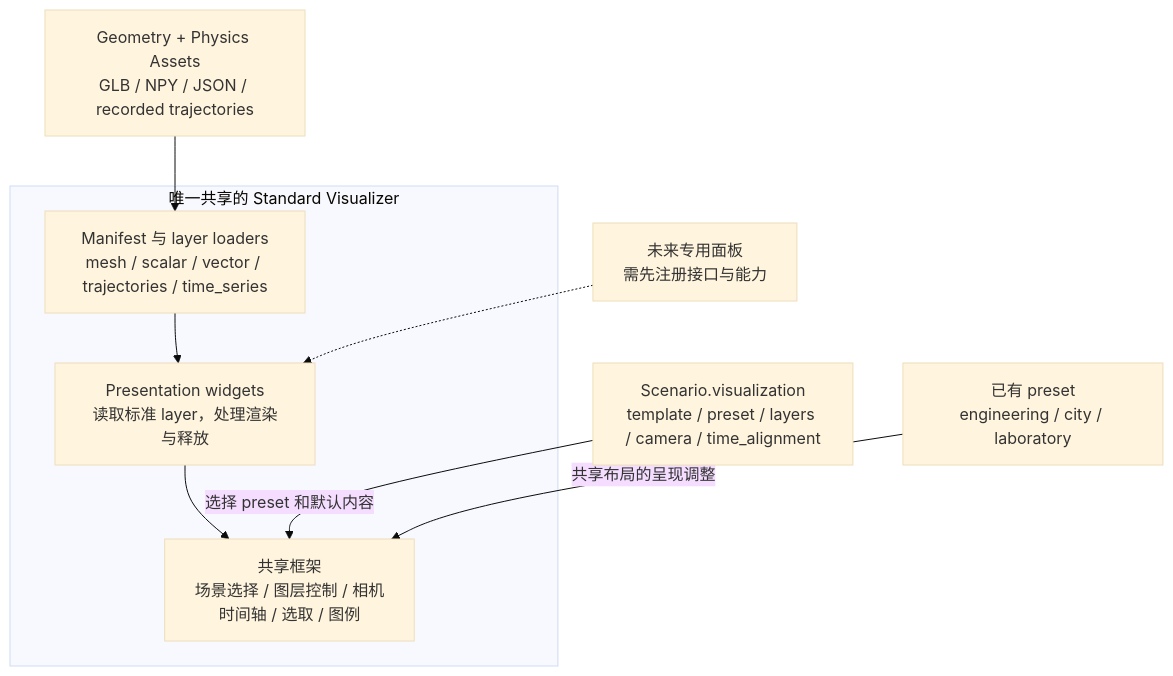
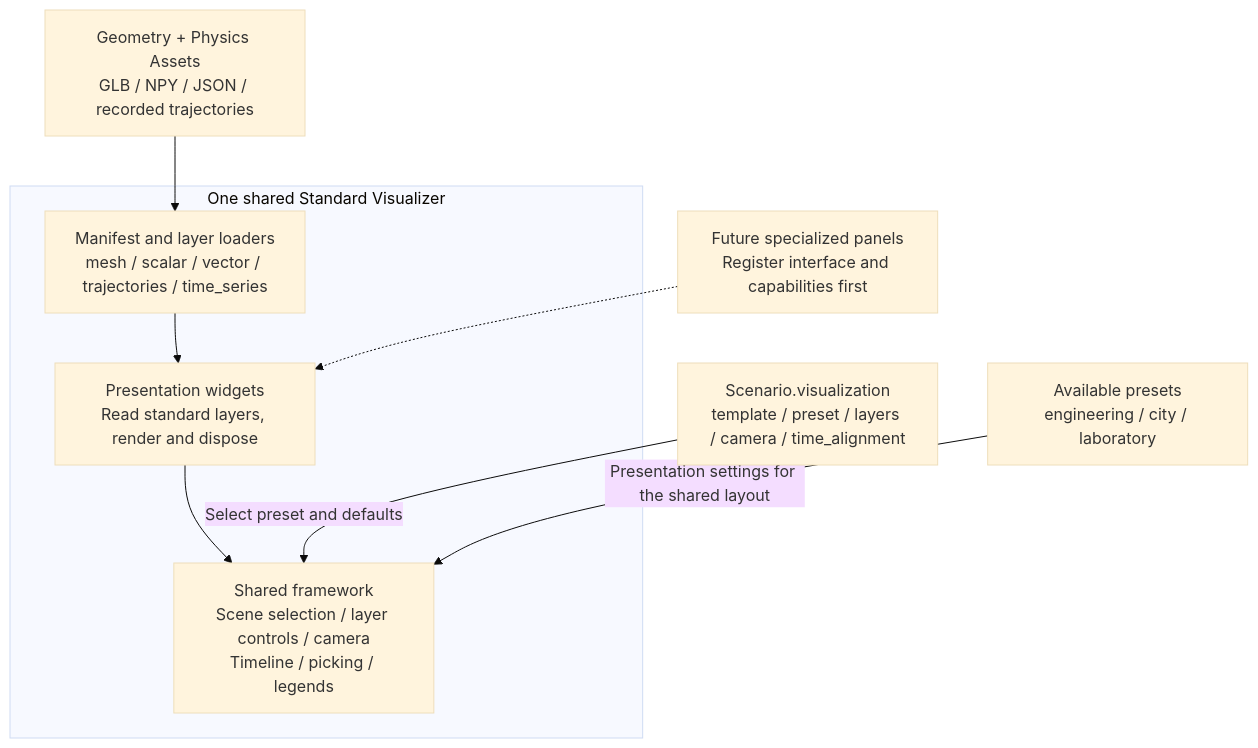
Before and after one commit to CANOPY-WORLD/canopy: the fourth of 4 diagrams in README.md, drawn with Mermaid (base theme). The commit also changed other lines of this file and 22 other files, not shown here.

````diff
--- a/README.md
+++ b/README.md
@@ -96,15 +96,15 @@
 ```mermaid
 flowchart TB
     C["Scenario.visualization<br/>template / preset / layers / camera / time_alignment"]
     A["Geometry + Physics Assets<br/>GLB / NPY / JSON / recorded trajectories"]
-    subgraph T["唯一共享的 Standard Visualizer"]
-        L["Manifest 与 layer loaders<br/>mesh / scalar / vector / trajectories / time_series"]
-        W["Presentation widgets<br/>读取标准 layer，处理渲染与释放"]
-        U["共享框架<br/>场景选择 / 图层控制 / 相机<br/>时间轴 / 选取 / 图例"]
+    subgraph T["One shared Standard Visualizer"]
+        L["Manifest and layer loaders<br/>mesh / scalar / vector / trajectories / time_series"]
+        W["Presentation widgets<br/>Read standard layers, render and dispose"]
+        U["Shared framework<br/>Scene selection / layer controls / camera<br/>Timeline / picking / legends"]
         L --> W --> U
     end
-    C -->|选择 preset 和默认内容| U
+    C -->|Select preset and defaults| U
     A --> L
-    P["已有 preset<br/>engineering / city / laboratory"] -->|共享布局的呈现调整| U
-    N["未来专用面板<br/>需先注册接口与能力"] -.-> W
+    P["Available presets<br/>engineering / city / laboratory"] -->|Presentation settings for the shared layout| U
+    N["Future specialized panels<br/>Register interface and capabilities first"] -.-> W
 ```
````
